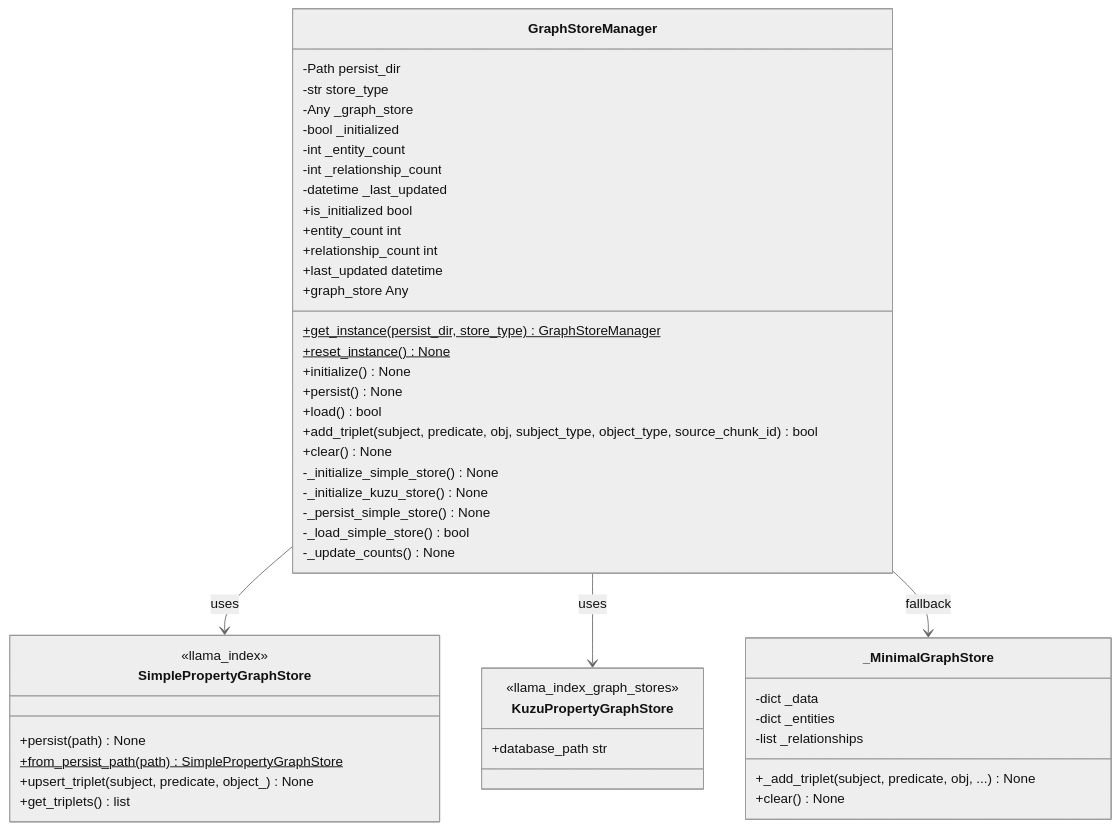
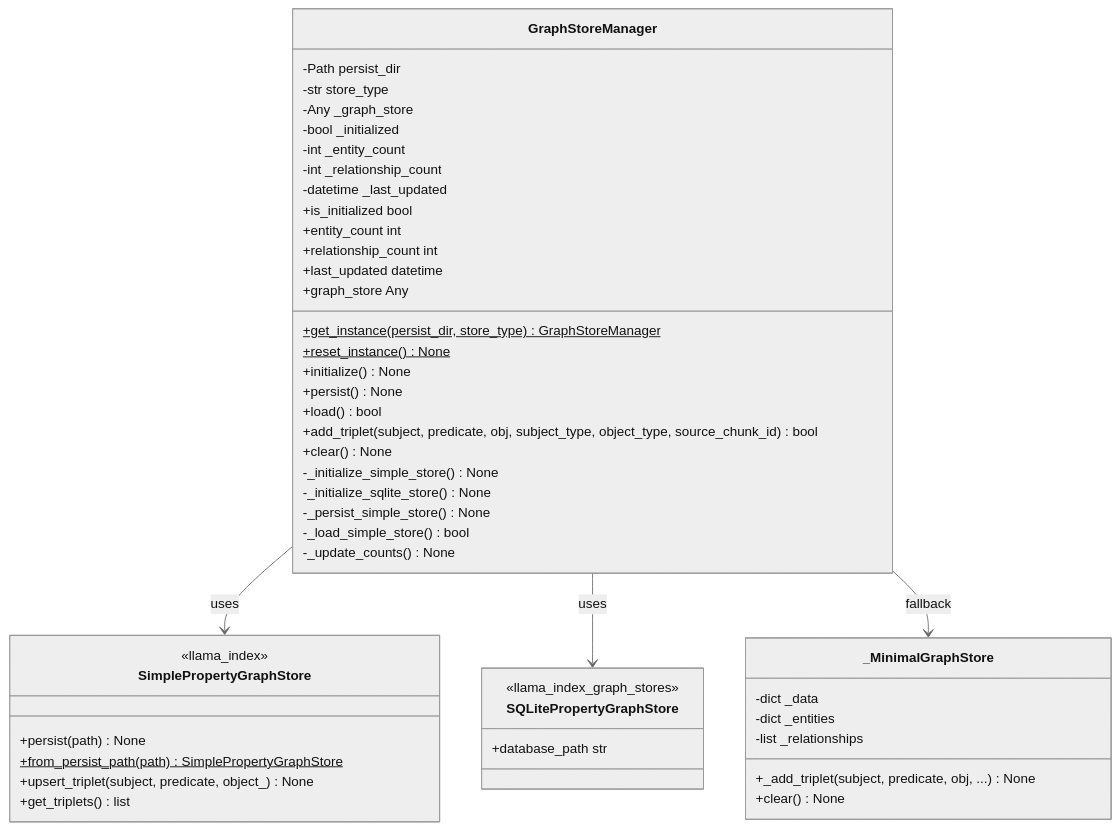
Before and after one commit to bxw91/brainpalace: the fifth of 14 diagrams in docs/design/class-diagrams.md, drawn with Mermaid (neutral theme). The commit also changed 74 other files, not shown here.

````diff
--- a/docs/design/class-diagrams.md
+++ b/docs/design/class-diagrams.md
@@ -263,57 +263,57 @@
 ```mermaid
 classDiagram
     class GraphStoreManager {
         -Path persist_dir
         -str store_type
         -Any _graph_store
         -bool _initialized
         -int _entity_count
         -int _relationship_count
         -datetime _last_updated
 
         +is_initialized bool
         +entity_count int
         +relationship_count int
         +last_updated datetime
         +graph_store Any
 
         +get_instance(persist_dir, store_type)$ GraphStoreManager
         +reset_instance()$ None
         +initialize() None
         +persist() None
         +load() bool
         +add_triplet(subject, predicate, obj, subject_type, object_type, source_chunk_id) bool
         +clear() None
 
         -_initialize_simple_store() None
-        -_initialize_kuzu_store() None
+        -_initialize_sqlite_store() None
         -_persist_simple_store() None
         -_load_simple_store() bool
         -_update_counts() None
     }
 
     class SimplePropertyGraphStore {
         <<llama_index>>
         +persist(path) None
         +from_persist_path(path)$ SimplePropertyGraphStore
         +upsert_triplet(subject, predicate, object_) None
         +get_triplets() list
     }
 
-    class KuzuPropertyGraphStore {
+    class SQLitePropertyGraphStore {
         <<llama_index_graph_stores>>
         +database_path str
     }
 
     class _MinimalGraphStore {
         -dict _data
         -dict _entities
         -list _relationships
         +_add_triplet(subject, predicate, obj, ...) None
         +clear() None
     }
 
     GraphStoreManager --> SimplePropertyGraphStore : uses
-    GraphStoreManager --> KuzuPropertyGraphStore : uses
+    GraphStoreManager --> SQLitePropertyGraphStore : uses
     GraphStoreManager --> _MinimalGraphStore : fallback
 ```
````
